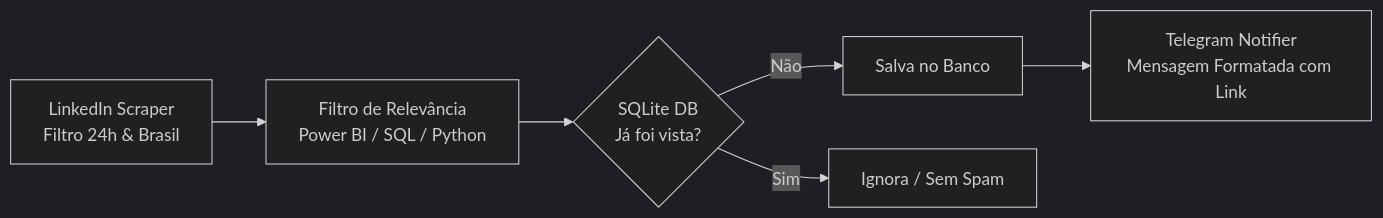
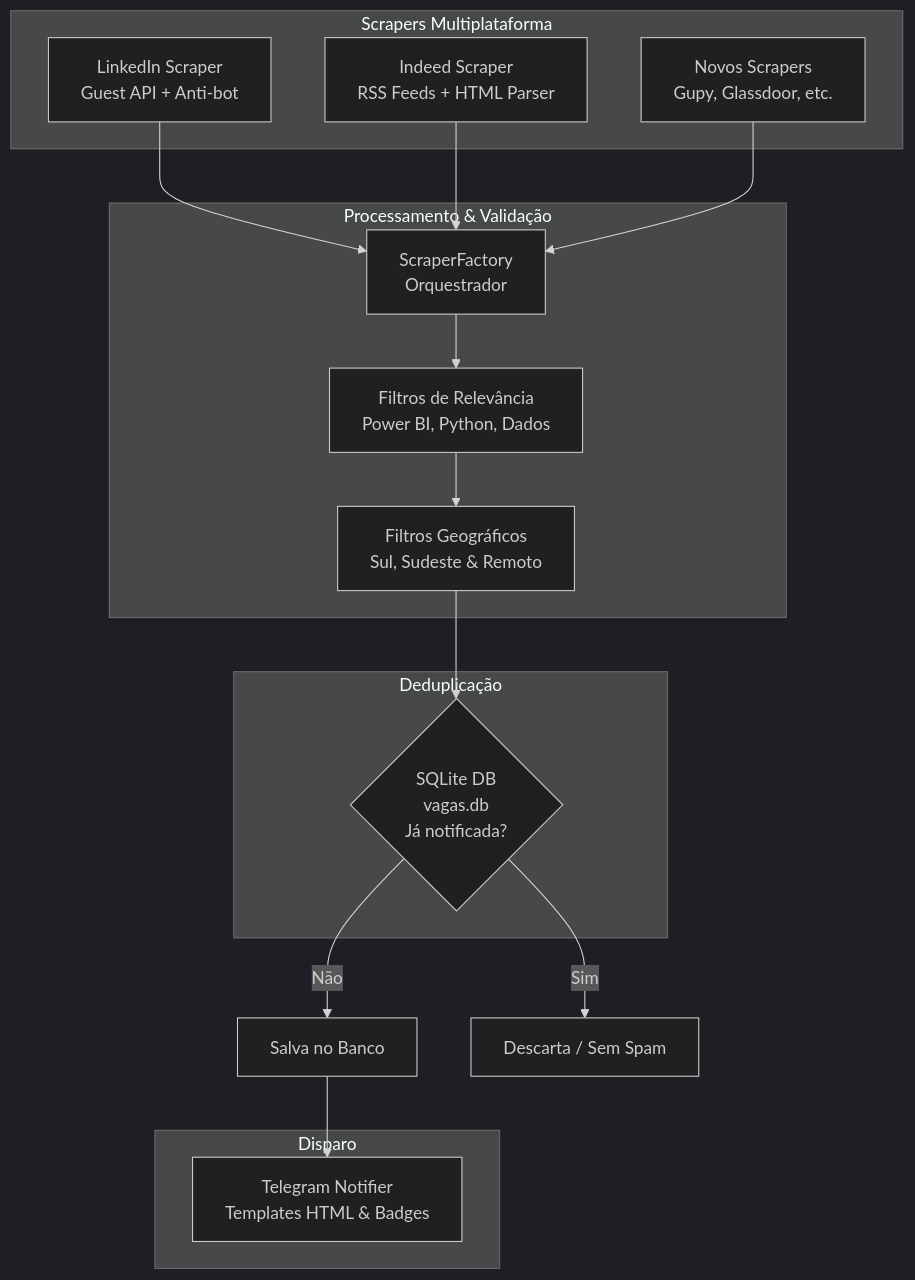
The diagram in README.md (Renanbritto/pesquisa-vagas), drawn with Mermaid (dark theme) before and after one commit. The commit also changed other lines of this file and 40 other files, not shown here.

Commit message:
feat(core): refatora arquitetura para v2.0 modular, adiciona Indeed scraper, suite pytest e templates de contribuicao open-source

````diff
--- a/README.md
+++ b/README.md
@@ -21,8 +25,29 @@
 ```mermaid
-flowchart LR
-    A[LinkedIn Scraper<br/>Filtro 24h & Brasil] --> B[Filtro de Relevância<br/>Power BI / SQL / Python]
-    B --> C{SQLite DB<br/>Já foi vista?}
-    C -->|Não| D[Salva no Banco]
-    D --> E[Telegram Notifier<br/>Mensagem Formatada com Link]
-    C -->|Sim| F[Ignora / Sem Spam]
+flowchart TD
+    subgraph Coleta [Scrapers Multiplataforma]
+        A1[LinkedIn Scraper<br/>Guest API + Anti-bot]
+        A2[Indeed Scraper<br/>RSS Feeds + HTML Parser]
+        A3[Novos Scrapers<br/>Gupy, Glassdoor, etc.]
+    end
+
+    subgraph Core [Processamento & Validação]
+        B[ScraperFactory<br/>Orquestrador] --> C[Filtros de Relevância<br/>Power BI, Python, Dados]
+        C --> D[Filtros Geográficos<br/>Sul, Sudeste & Remoto]
+    end
+
+    subgraph Persistencia [Deduplicação]
+        E{SQLite DB<br/>vagas.db<br/>Já notificada?}
+    end
+
+    subgraph Notificacao [Disparo]
+        F[Telegram Notifier<br/>Templates HTML & Badges]
+    end
+
+    A1 --> B
+    A2 --> B
+    A3 --> B
+    D --> E
+    E -->|Não| G[Salva no Banco]
+    G --> F
+    E -->|Sim| H[Descarta / Sem Spam]
 ```
````
